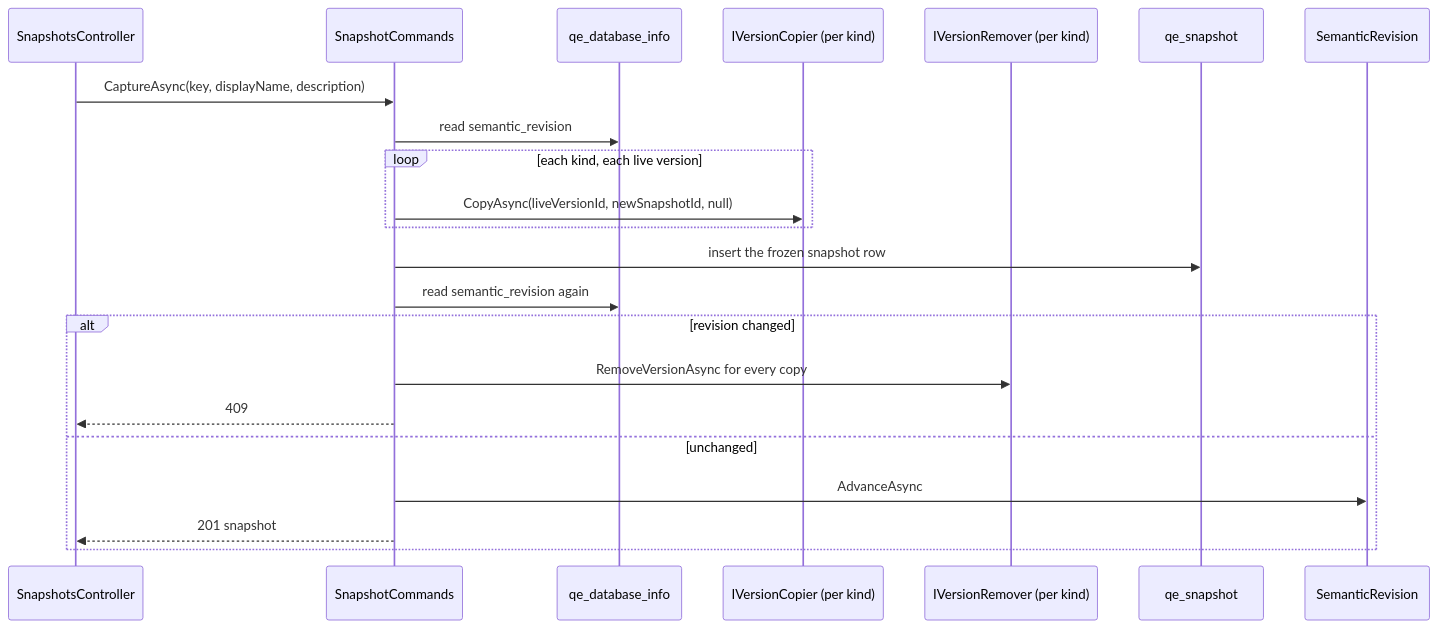
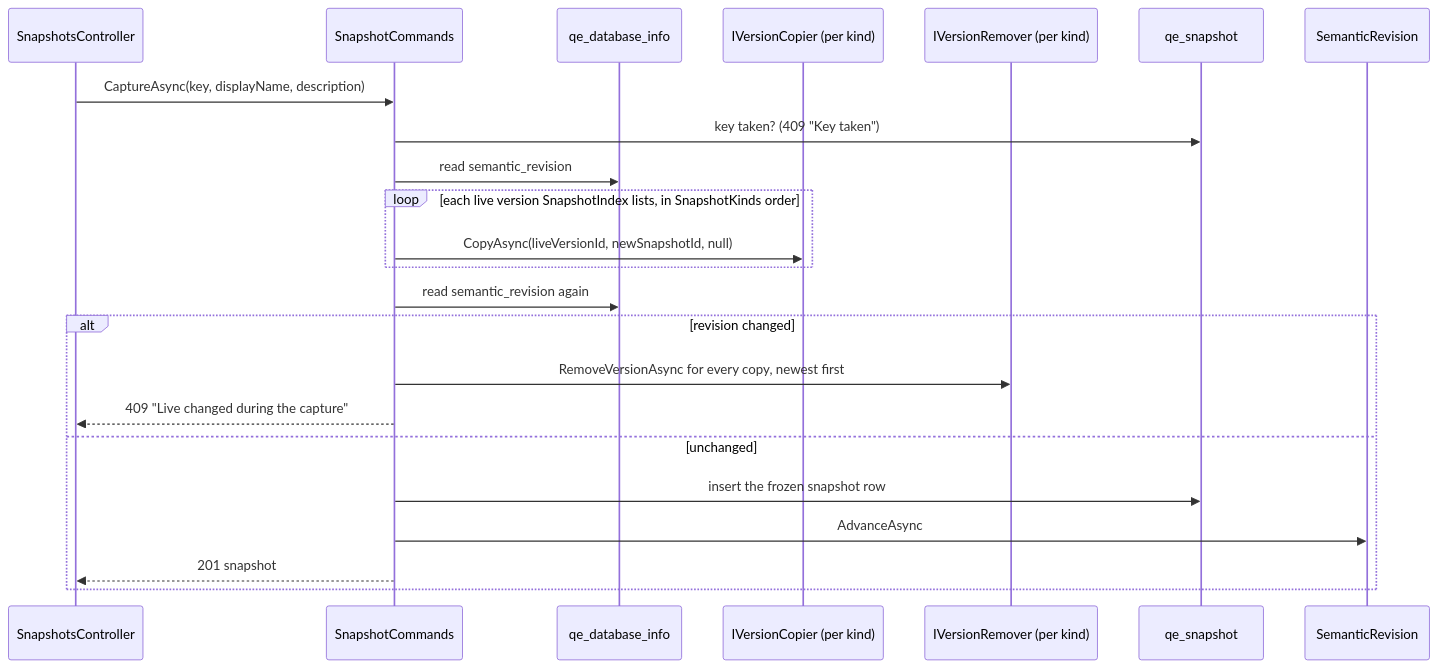
Before and after one commit to chrisaliotta/Quantalytix.QueryEngine.Admin: the third of 6 diagrams in api/docs/architecture/06-key-actions.md, drawn with Mermaid. The commit also changed other lines of this file and 63 other files, not shown here.

First line of the commit message:
refactor(api/docs): enhance architecture documentation and API specifications for snapshots

````diff
--- a/api/docs/architecture/06-key-actions.md
+++ b/api/docs/architecture/06-key-actions.md
@@ -80,24 +80,25 @@
 ```mermaid
 sequenceDiagram
     participant Ctl as SnapshotsController
     participant Cmd as SnapshotCommands
     participant Info as qe_database_info
     participant Cp as IVersionCopier (per kind)
     participant Rm as IVersionRemover (per kind)
     participant Snap as qe_snapshot
     participant Rev as SemanticRevision
     Ctl->>Cmd: CaptureAsync(key, displayName, description)
+    Cmd->>Snap: key taken? (409 "Key taken")
     Cmd->>Info: read semantic_revision
-    loop each kind, each live version
+    loop each live version SnapshotIndex lists, in SnapshotKinds order
         Cmd->>Cp: CopyAsync(liveVersionId, newSnapshotId, null)
     end
-    Cmd->>Snap: insert the frozen snapshot row
     Cmd->>Info: read semantic_revision again
     alt revision changed
-        Cmd->>Rm: RemoveVersionAsync for every copy
-        Cmd-->>Ctl: 409
+        Cmd->>Rm: RemoveVersionAsync for every copy, newest first
+        Cmd-->>Ctl: 409 "Live changed during the capture"
     else unchanged
+        Cmd->>Snap: insert the frozen snapshot row
         Cmd->>Rev: AdvanceAsync
         Cmd-->>Ctl: 201 snapshot
     end
 ```
````
